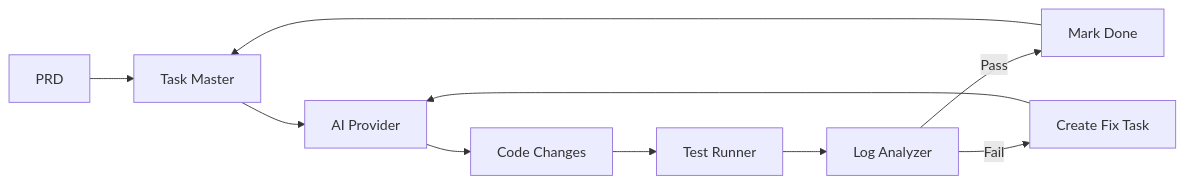
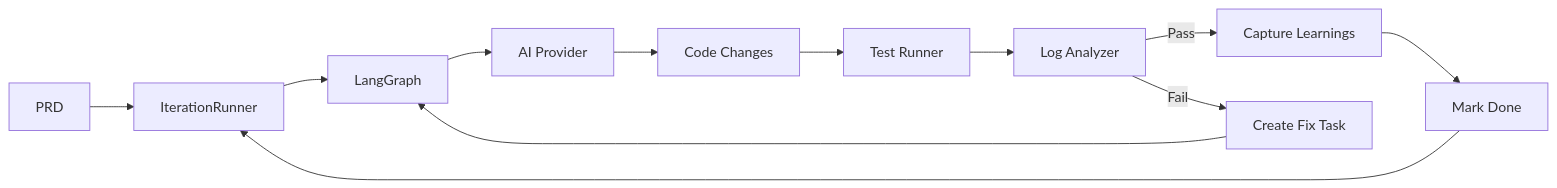
One commit to jienckebd/dev-loop changed the first of 2 diagrams in docs/users/README.md. Above: the diagram before and after it, drawn with Mermaid. The commit also changed other lines of this file and 114 other files, not shown here.

````diff
--- a/docs/users/README.md
+++ b/docs/users/README.md
@@ -39,12 +39,14 @@
 ```mermaid
 flowchart LR
-    PRD[PRD] --> Tasks[Task Master]
-    Tasks --> AI[AI Provider]
+    PRD[PRD] --> IR[IterationRunner]
+    IR --> LG[LangGraph]
+    LG --> AI[AI Provider]
     AI --> Code[Code Changes]
     Code --> Tests[Test Runner]
     Tests --> Logs[Log Analyzer]
-    Logs -->|Pass| Done[Mark Done]
+    Logs -->|Pass| Learn[Capture Learnings]
     Logs -->|Fail| Fix[Create Fix Task]
-    Fix --> AI
-    Done --> Tasks
+    Fix --> LG
+    Learn --> Done[Mark Done]
+    Done --> IR
 ```
````
